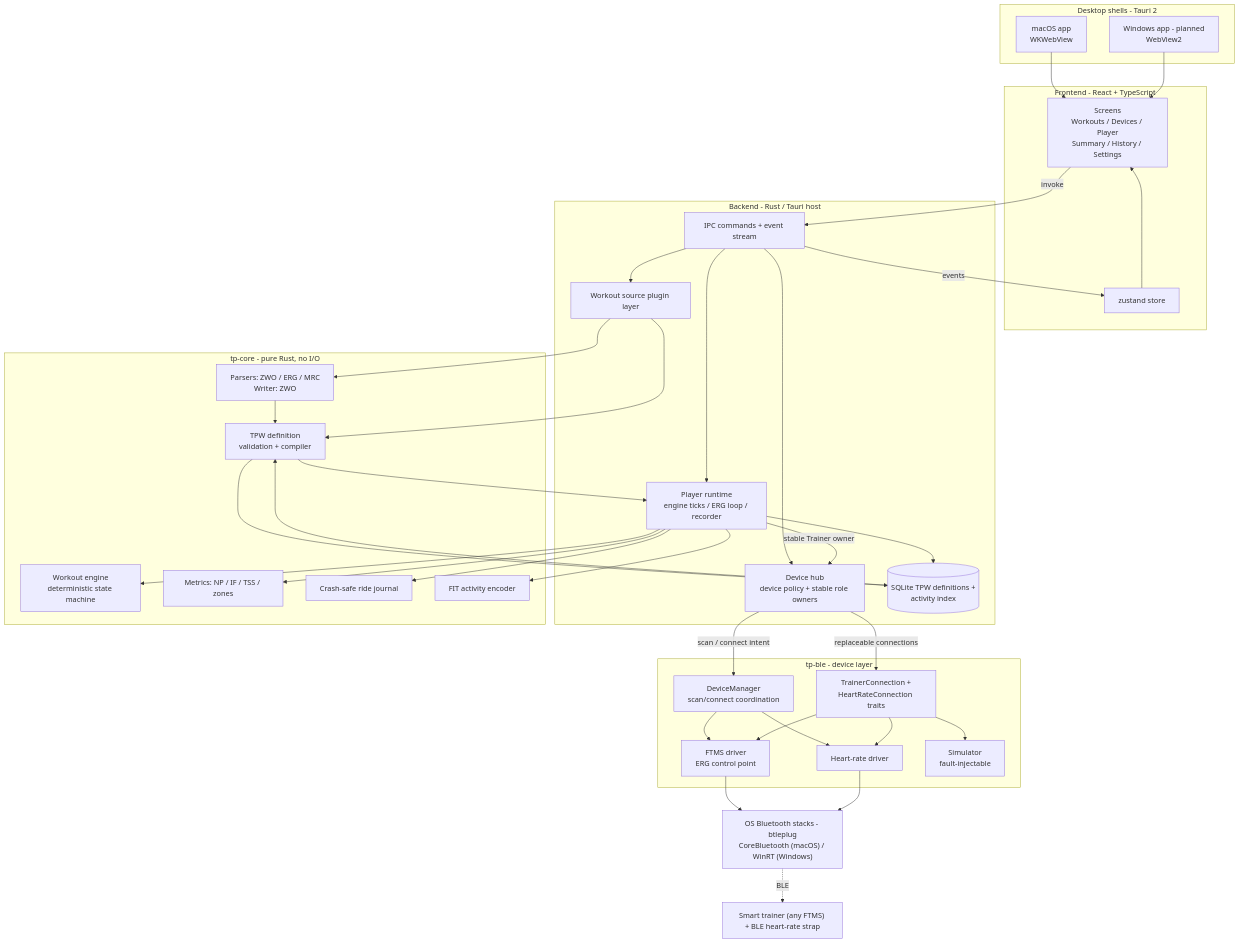
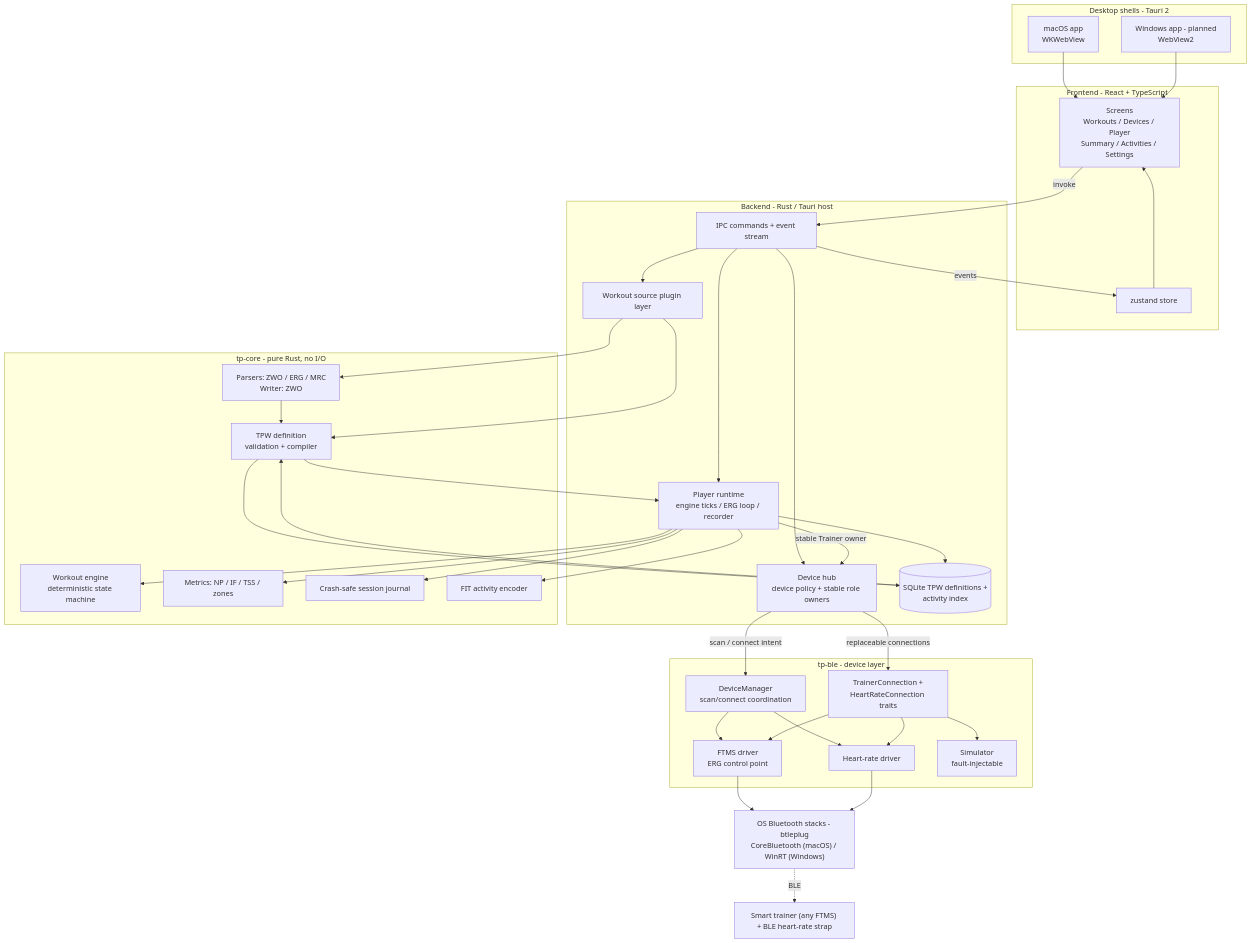
Before and after one commit to sergioclemente/TrainerPro: the diagram in README.md, drawn with Mermaid. The commit also changed 27 other files, not shown here.

````diff
--- a/README.md
+++ b/README.md
@@ -43,71 +43,71 @@
 ```mermaid
 flowchart TD
     subgraph SHELLS["Desktop shells - Tauri 2"]
         MAC["macOS app<br/>WKWebView"]
         WIN["Windows app - planned<br/>WebView2"]
     end
 
     subgraph FRONTEND["Frontend - React + TypeScript"]
-        SCREENS["Screens<br/>Workouts / Devices / Player<br/>Summary / History / Settings"]
+        SCREENS["Screens<br/>Workouts / Devices / Player<br/>Summary / Activities / Settings"]
         STORE["zustand store"]
     end
 
     subgraph APP["Backend - Rust / Tauri host"]
         IPC["IPC commands + event stream"]
         SOURCES["Workout source plugin layer"]
         RUNTIME["Player runtime<br/>engine ticks / ERG loop / recorder"]
         HUB["Device hub<br/>device policy + stable role owners"]
         STORAGE[("SQLite TPW definitions +<br/>activity index")]
     end
 
     subgraph CORE["tp-core - pure Rust, no I/O"]
         PARSERS["Parsers: ZWO / ERG / MRC<br/>Writer: ZWO"]
         TPW["TPW definition<br/>validation + compiler"]
         ENGINE["Workout engine<br/>deterministic state machine"]
         METRICS["Metrics: NP / IF / TSS / zones"]
-        JOURNAL["Crash-safe ride journal"]
+        JOURNAL["Crash-safe session journal"]
         FITENC["FIT activity encoder"]
     end
 
     subgraph BLE["tp-ble - device layer"]
         CENTRAL["DeviceManager<br/>scan/connect coordination"]
         TRAITS["TrainerConnection +<br/>HeartRateConnection traits"]
         FTMS["FTMS driver<br/>ERG control point"]
         HRDRV["Heart-rate driver"]
         SIMU["Simulator<br/>fault-injectable"]
     end
 
     OSBLE["OS Bluetooth stacks - btleplug<br/>CoreBluetooth (macOS) / WinRT (Windows)"]
     DEVICES["Smart trainer (any FTMS) + BLE heart-rate strap"]
 
     MAC --> SCREENS
     WIN --> SCREENS
     STORE --> SCREENS
     SCREENS -->|invoke| IPC
     IPC -->|events| STORE
     IPC --> SOURCES
     IPC --> RUNTIME
     IPC --> HUB
     SOURCES --> PARSERS
     SOURCES --> TPW
     PARSERS --> TPW
     TPW --> STORAGE
     STORAGE --> TPW
     TPW --> RUNTIME
     RUNTIME --> STORAGE
     RUNTIME --> ENGINE
     RUNTIME --> JOURNAL
     RUNTIME --> METRICS
     RUNTIME --> FITENC
     RUNTIME -->|stable Trainer owner| HUB
     HUB -->|scan / connect intent| CENTRAL
     HUB -->|replaceable connections| TRAITS
     CENTRAL --> FTMS
     CENTRAL --> HRDRV
     TRAITS --> FTMS
     TRAITS --> HRDRV
     TRAITS --> SIMU
     FTMS --> OSBLE
     HRDRV --> OSBLE
     OSBLE -.->|BLE| DEVICES
 ```
````
